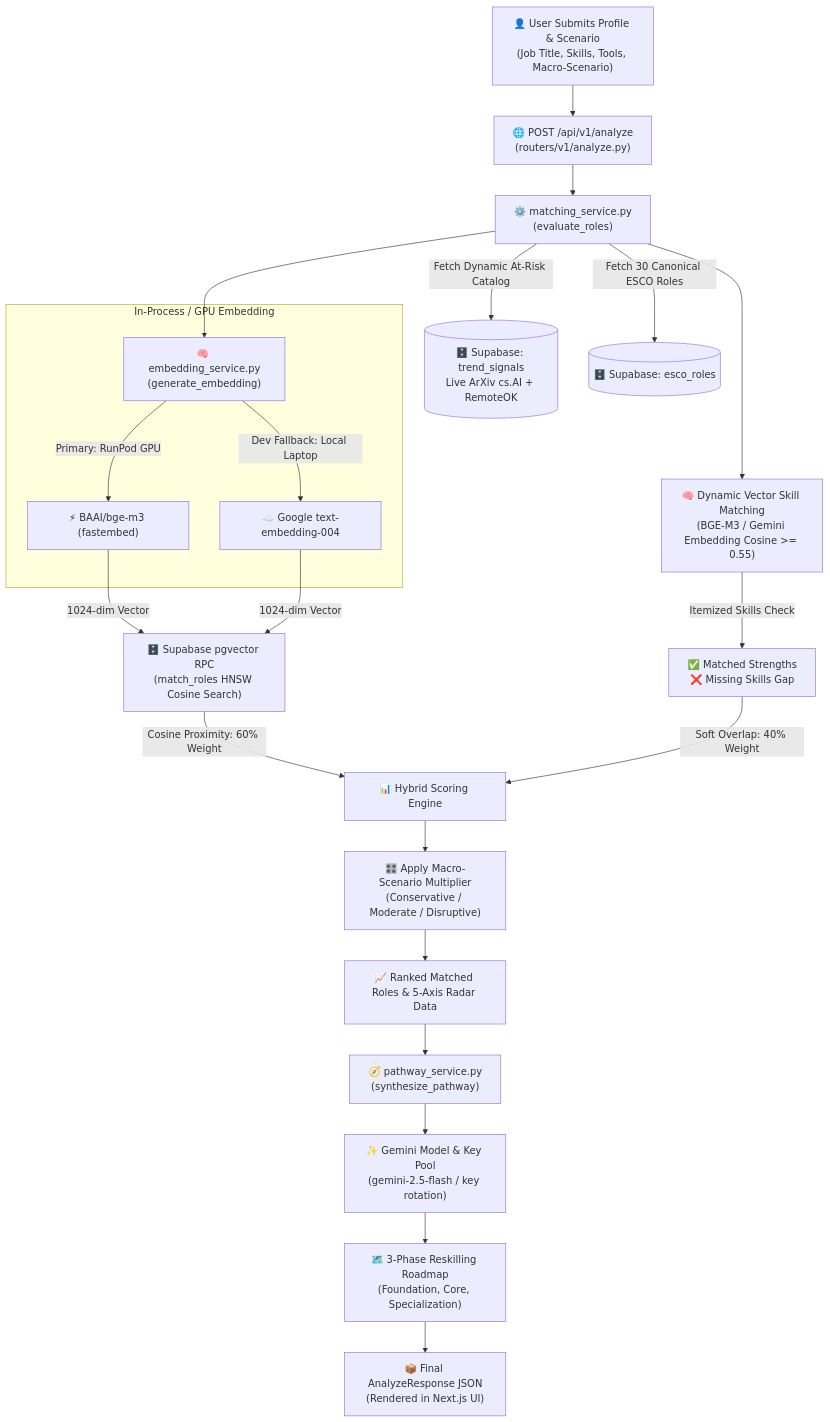
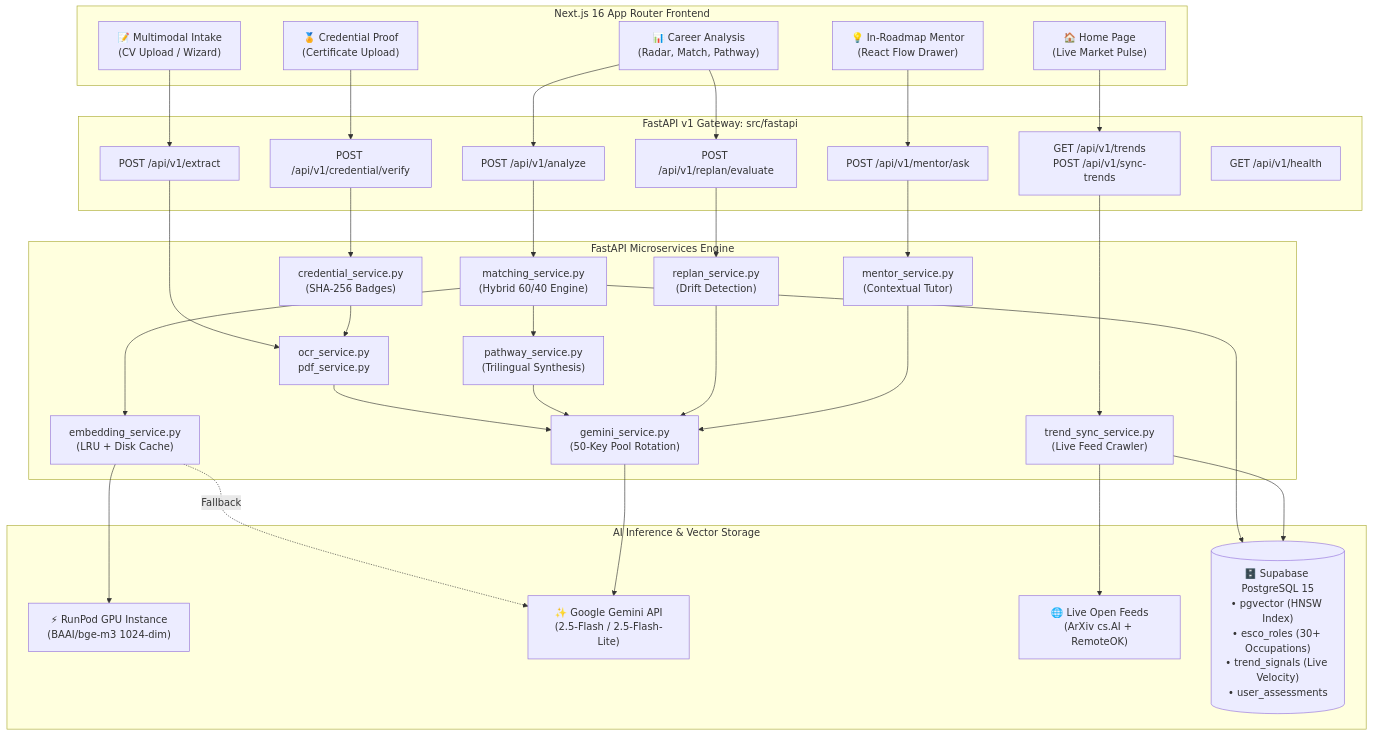
Before and after one commit to GGY260604/SkillVerse-AI: the diagram in WORKFLOW.md, drawn with Mermaid. The commit also changed other lines of this file and 1 other file, not shown here.

Commit message:
Skill Matching Logic Strengthen

````diff
--- a/WORKFLOW.md
+++ b/WORKFLOW.md
@@ -9,41 +14,64 @@
 ```mermaid
 flowchart TD
-    %% Intake
-    A["👤 User Submits Profile & Scenario<br/>(Job Title, Skills, Tools, Macro-Scenario)"] --> B["🌐 POST /api/v1/analyze<br/>(routers/v1/analyze.py)"]
-    
-    %% Matching Service Entry
-    B --> C["⚙️ matching_service.py<br/>(evaluate_roles)"]
-    
-    %% Parallel Data Fetch
-    C -->|Fetch Dynamic At-Risk Catalog| D1[("🗄️ Supabase: trend_signals<br/>Live ArXiv cs.AI + RemoteOK")]
-    C -->|Fetch 30 Canonical ESCO Roles| D2[("🗄️ Supabase: esco_roles")]
-    
-    %% BGE-M3 Embeddings
-    C --> E["🧠 embedding_service.py<br/>(generate_embedding)"]
-    subgraph Embedding Layer [In-Process / GPU Embedding]
-        E -->|Primary: RunPod GPU| F1["⚡ BAAI/bge-m3 (fastembed)"]
-        E -->|Dev Fallback: Local Laptop| F2["☁️ Google text-embedding-004"]
+    subgraph Client_Layer [Next.js 16 App Router Frontend]
+        UI_Home["🏠 Home Page<br/>(Live Market Pulse)"]
+        UI_Intake["📝 Multimodal Intake<br/>(CV Upload / Wizard)"]
+        UI_Analysis["📊 Career Analysis<br/>(Radar, Match, Pathway)"]
+        UI_Mentor["💡 In-Roadmap Mentor<br/>(React Flow Drawer)"]
+        UI_Proof["🏅 Credential Proof<br/>(Certificate Upload)"]
     end
-    F1 -->|1024-dim Vector| G["🗄️ Supabase pgvector RPC<br/>(match_roles HNSW Cosine Search)"]
-    F2 -->|1024-dim Vector| G
-    
-    %% Vector Proximity
-    G -->|Cosine Proximity: 60% Weight| H["📊 Hybrid Scoring Engine"]
-    
-    %% Dynamic Dense Vector Skill Matching
-    C --> I["🧠 Dynamic Vector Skill Matching<br/>(BGE-M3 / Gemini Embedding Cosine >= 0.55)"]
-    I -->|Itemized Skills Check| J["✅ Matched Strengths<br/>❌ Missing Skills Gap"]
-    J -->|Soft Overlap: 40% Weight| H
-    
-    %% Scenario Multiplier
-    H --> K["🎛️ Apply Macro-Scenario Multiplier<br/>(Conservative / Moderate / Disruptive)"]
-    K --> L["📈 Ranked Matched Roles & 5-Axis Radar Data"]
-    
-    %% Pathway Generation
-    L --> M["🧭 pathway_service.py<br/>(synthesize_pathway)"]
-    M --> N["✨ Gemini Model & Key Pool<br/>(gemini-2.5-flash / key rotation)"]
-    N --> O["🗺️ 3-Phase Reskilling Roadmap<br/>(Foundation, Core, Specialization)"]
-    
-    %% Output
-    O --> P["📦 Final AnalyzeResponse JSON<br/>(Rendered in Next.js UI)"]
+
+    subgraph API_Gateway [FastAPI v1 Gateway: src/fastapi]
+        R_Extract["POST /api/v1/extract"]
+        R_Analyze["POST /api/v1/analyze"]
+        R_Trends["GET /api/v1/trends<br/>POST /api/v1/sync-trends"]
+        R_Replan["POST /api/v1/replan/evaluate"]
+        R_Mentor["POST /api/v1/mentor/ask"]
+        R_Cred["POST /api/v1/credential/verify"]
+        R_Health["GET /api/v1/health"]
+    end
+
+    subgraph Core_Services [FastAPI Microservices Engine]
+        S_OCR["ocr_service.py<br/>pdf_service.py"]
+        S_Gemini["gemini_service.py<br/>(50-Key Pool Rotation)"]
+        S_Embed["embedding_service.py<br/>(LRU + Disk Cache)"]
+        S_Match["matching_service.py<br/>(Hybrid 60/40 Engine)"]
+        S_Path["pathway_service.py<br/>(Trilingual Synthesis)"]
+        S_Trend["trend_sync_service.py<br/>(Live Feed Crawler)"]
+        S_Replan["replan_service.py<br/>(Drift Detection)"]
+        S_Mentor["mentor_service.py<br/>(Contextual Tutor)"]
+        S_Cred["credential_service.py<br/>(SHA-256 Badges)"]
+    end
+
+    subgraph External_Compute [AI Inference & Vector Storage]
+        GPU_RunPod["⚡ RunPod GPU Instance<br/>(BAAI/bge-m3 1024-dim)"]
+        Gemini_API["✨ Google Gemini API<br/>(2.5-Flash / 2.5-Flash-Lite)"]
+        Live_Feeds["🌐 Live Open Feeds<br/>(ArXiv cs.AI + RemoteOK)"]
+        DB_Supabase[("🗄️ Supabase PostgreSQL 15<br/>• pgvector (HNSW Index)<br/>• esco_roles (30+ Occupations)<br/>• trend_signals (Live Velocity)<br/>• user_assessments")]
+    end
+
+    %% Client to Gateway
+    UI_Intake --> R_Extract
+    UI_Analysis --> R_Analyze
+    UI_Home --> R_Trends
+    UI_Analysis --> R_Replan
+    UI_Mentor --> R_Mentor
+    UI_Proof --> R_Cred
+
+    %% Gateway to Services
+    R_Extract --> S_OCR --> S_Gemini
+    R_Analyze --> S_Match --> S_Embed
+    S_Match --> S_Path --> S_Gemini
+    R_Trends --> S_Trend
+    R_Replan --> S_Replan --> S_Gemini
+    R_Mentor --> S_Mentor --> S_Gemini
+    R_Cred --> S_Cred --> S_OCR
+
+    %% Services to Compute & DB
+    S_Embed --> GPU_RunPod
+    S_Embed -.->|Fallback| Gemini_API
+    S_Gemini --> Gemini_API
+    S_Match --> DB_Supabase
+    S_Trend --> Live_Feeds
+    S_Trend --> DB_Supabase
 ```
````
